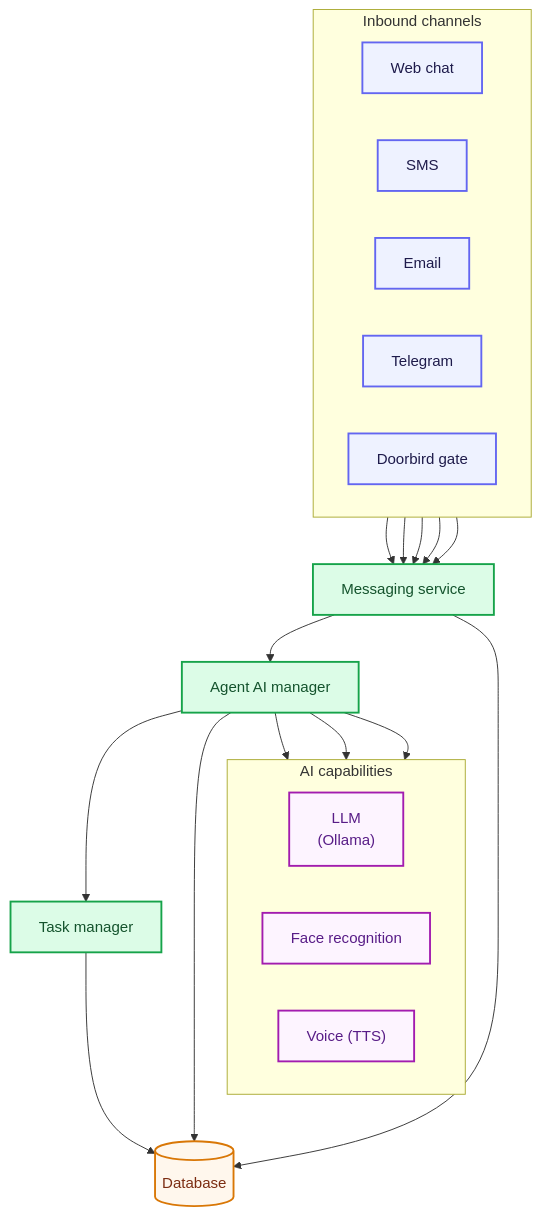
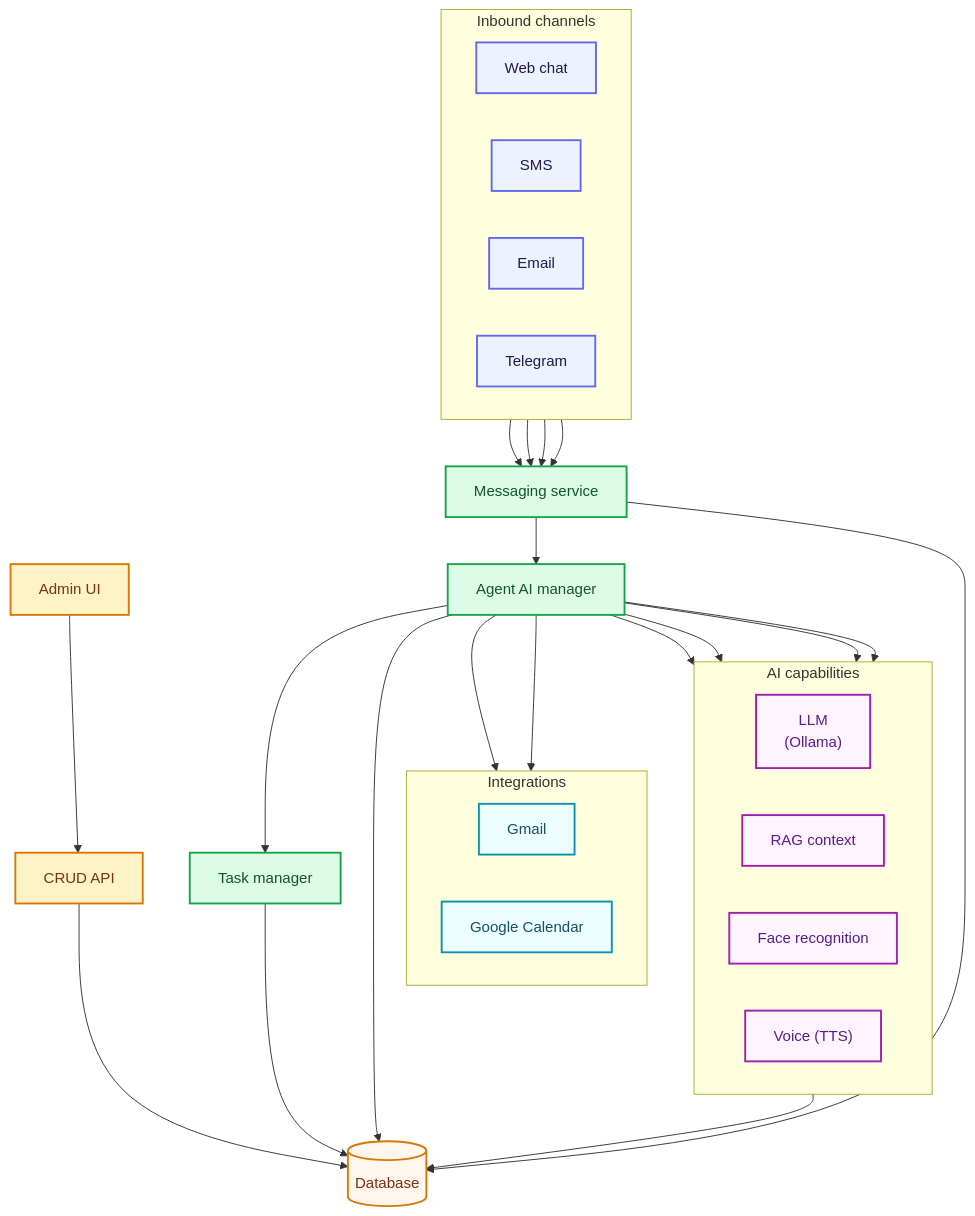
Before and after one commit to bjm88/family-assistant: the first of 2 diagrams in README.md, drawn with Mermaid.

````diff
--- a/README.md
+++ b/README.md
@@ -55,54 +55,79 @@
 ```mermaid
 flowchart TB
-    %% ─── Inbound channels ───────────────────────────────────────
+    %% ─── Inbound channels (one row via direction LR) ────────────
     subgraph Inbound["Inbound channels"]
         direction LR
         Web["Web chat"]
         SMS["SMS"]
         Email["Email"]
-        TG["Telegram"]
-        Gate["Doorbird gate"]
+        Telegram["Telegram"]
     end
 
     %% ─── Core ───────────────────────────────────────────────────
     Hub["Messaging service"]
+    AdminUI["Admin UI"]
+    CRUD["CRUD API"]
     Agent["Agent AI manager"]
 
     %% ─── AI capabilities ────────────────────────────────────────
     subgraph AI["AI capabilities"]
         direction LR
         LLM["LLM<br/>(Ollama)"]
+        RAG["RAG context"]
         Face["Face recognition"]
         Voice["Voice (TTS)"]
+    end
+
+    %% ─── Integrations ───────────────────────────────────────────
+    subgraph Integrations["Integrations"]
+        direction LR
+        Gmail["Gmail"]
+        GCal["Google Calendar"]
     end
 
     Tasks["Task manager"]
     DB[("Database")]
 
     %% ─── Wiring ─────────────────────────────────────────────────
     Web --> Hub
     SMS --> Hub
     Email --> Hub
-    TG --> Hub
-    Gate --> Hub
+    Telegram --> Hub
+
+    %% Invisible links to coax Mermaid into aligning the admin
+    %% pipeline (right column) next to the messaging pipeline
+    %% (left column) instead of stacking them.
+    Hub ~~~ AdminUI
+    Agent ~~~ CRUD
 
     Hub --> Agent
     Hub --> DB
 
+    AdminUI --> CRUD
+    CRUD --> DB
+
     Agent --> LLM
+    Agent --> RAG
     Agent --> Face
     Agent --> Voice
     Agent --> Tasks
+    Agent --> Gmail
+    Agent --> GCal
     Agent --> DB
 
+    RAG --> DB
     Tasks --> DB
 
     classDef inbound fill:#eef2ff,stroke:#6366f1,color:#1e1b4b,stroke-width:2px
     classDef core fill:#dcfce7,stroke:#16a34a,color:#14532d,stroke-width:2px
+    classDef admin fill:#fef3c7,stroke:#d97706,color:#78350f,stroke-width:2px
     classDef ai fill:#fdf4ff,stroke:#a21caf,color:#581c87,stroke-width:2px
+    classDef integ fill:#ecfeff,stroke:#0891b2,color:#164e63,stroke-width:2px
     classDef data fill:#fff7ed,stroke:#d97706,color:#7c2d12,stroke-width:2px
-    class Web,SMS,Email,TG,Gate inbound
+    class Web,SMS,Email,Telegram inbound
     class Hub,Agent,Tasks core
-    class LLM,Face,Voice ai
+    class AdminUI,CRUD admin
+    class LLM,RAG,Face,Voice ai
+    class Gmail,GCal integ
     class DB data
 ```
````
